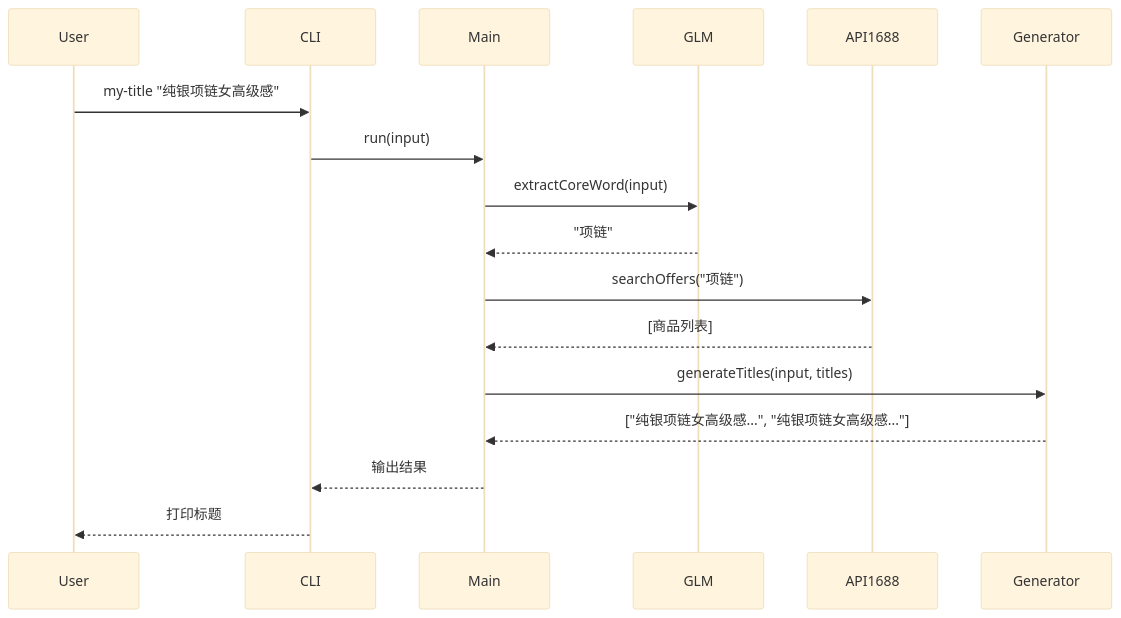
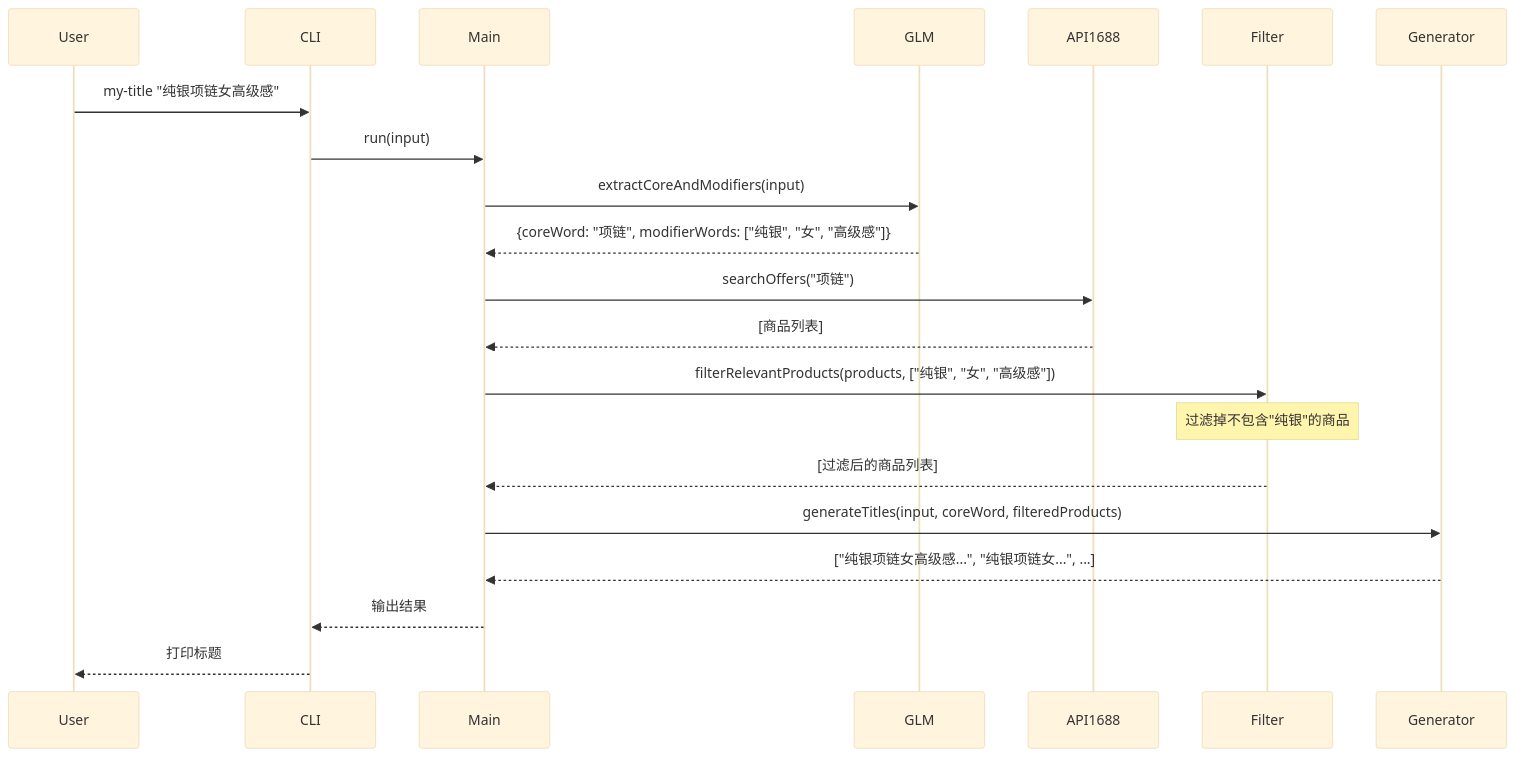
One commit to 383366204/my-title changed the first of 3 diagrams in docs/superpowers/specs/2026-04-16-title-generator-design.md. Above: the diagram before and after it, drawn with Mermaid (base theme). The commit also changed other lines of this file, not shown here.

Commit message:
docs: add product relevance filtering based on user modifier words

````diff
--- a/docs/superpowers/specs/2026-04-16-title-generator-design.md
+++ b/docs/superpowers/specs/2026-04-16-title-generator-design.md
@@ -364,20 +429,24 @@
 ```mermaid
 sequenceDiagram
     participant User
     participant CLI
     participant Main
     participant GLM
     participant API1688
+    participant Filter
     participant Generator
 
     User->>CLI: my-title "纯银项链女高级感"
     CLI->>Main: run(input)
-    Main->>GLM: extractCoreWord(input)
-    GLM-->>Main: "项链"
+    Main->>GLM: extractCoreAndModifiers(input)
+    GLM-->>Main: {coreWord: "项链", modifierWords: ["纯银", "女", "高级感"]}
     Main->>API1688: searchOffers("项链")
     API1688-->>Main: [商品列表]
-    Main->>Generator: generateTitles(input, titles)
-    Generator-->>Main: ["纯银项链女高级感...", "纯银项链女高级感..."]
+    Main->>Filter: filterRelevantProducts(products, ["纯银", "女", "高级感"])
+    Note over Filter: 过滤掉不包含"纯银"的商品
+    Filter-->>Main: [过滤后的商品列表]
+    Main->>Generator: generateTitles(input, coreWord, filteredProducts)
+    Generator-->>Main: ["纯银项链女高级感...", "纯银项链女...", ...]
     Main-->>CLI: 输出结果
     CLI-->>User: 打印标题
 ```
````
